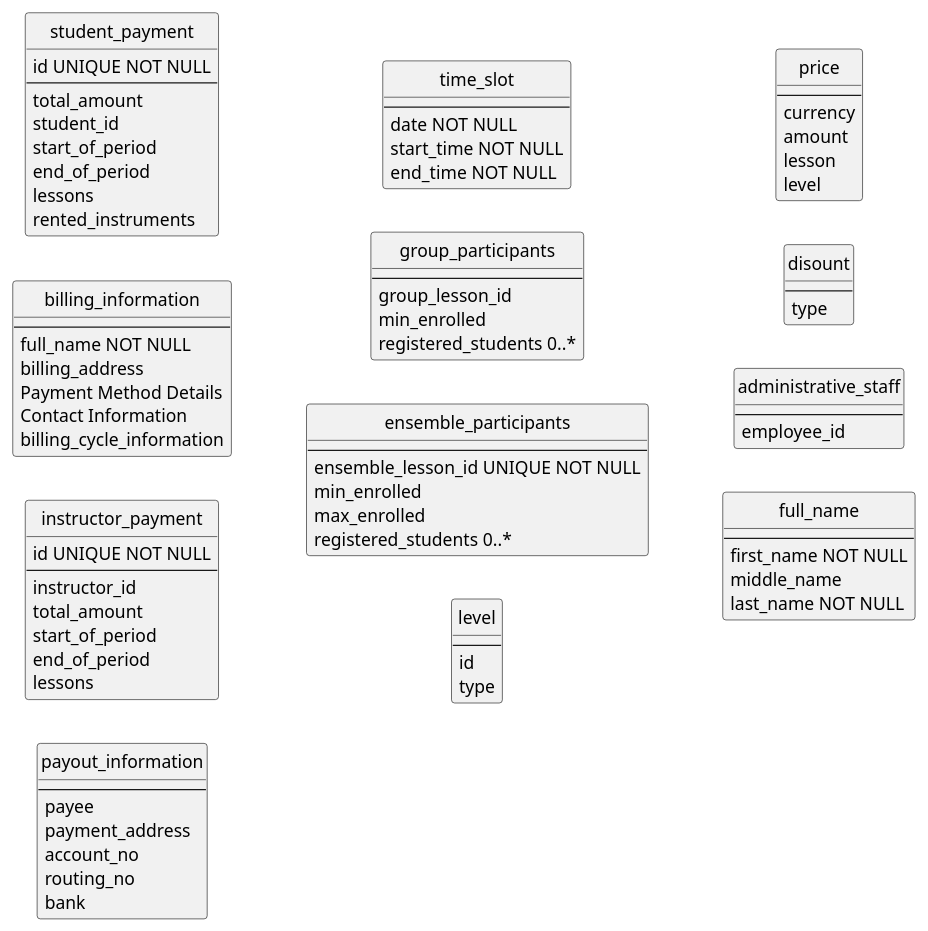
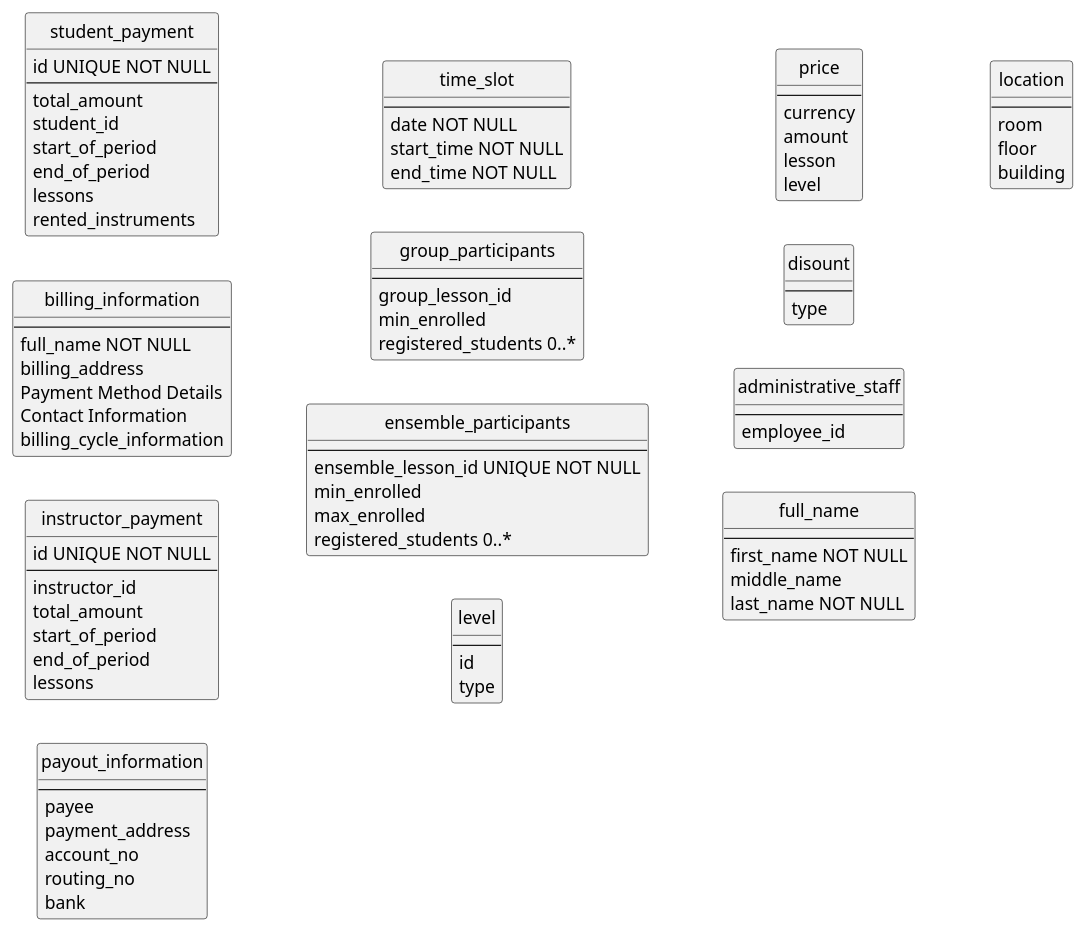
Before and after one commit to blomquiste/kth-iv1351-data-storage-paradigms: the second of 2 diagrams in diagrams/cm.puml, drawn with PlantUML. The commit also changed other lines of this file, not shown here.

```diff
--- a/diagrams/cm.puml
+++ b/diagrams/cm.puml
@@ -274,127 +265,134 @@
 @startuml
 hide circle
 
 skinparam linetype ortho
 ' top to bottom direction
 left to right direction
 ' skinparam ClassAttributeIconSize 0
 
 ' FINANCIAL
 entity student_payment {
     id UNIQUE NOT NULL
     --
     total_amount
     student_id
     start_of_period
     end_of_period
     lessons
     rented_instruments
 }
 ' note bottom 
 '     What if the bill should include several students? 
 ' end note
 entity "billing_information" {
     --
     ' The name on the credit card or billing account.
     full_name NOT NULL
     ' The address associated with the credit card or account.
     billing_address
     ' Credit card number, expiration date, and security code (CVV), or bank account details for direct debit.
     Payment Method Details
     ' Phone number and email address, in case the business needs to contact the person about their bill.
     Contact Information
     ' Information regarding how often the customer will be charged (monthly, quarterly, annually).
     billing_cycle_information
 }
 
 entity instructor_payment {
     id UNIQUE NOT NULL
     --
     instructor_id
     total_amount
     start_of_period
     end_of_period
     lessons
 }
 ' entity "monthly_statement" {
 ' }
 
 entity "payout_information" {
     --
     ' The name of the individual or business that will receive the payment.
     payee
     ' Payment Address: The postal address associated with the payee's account, if necessary.
     payment_address
     ' Bank Account Details: This could include the bank name, account number, and routing number for bank transfers.
     account_no
     routing_no
     bank
     ' SWIFT Code and International Bank Account Number (IBAN): For international payments, these numbers help identify the bank and the individual account.
     ' Tax Identification Number (TIN): This might be required for tax purposes, depending on the nature and location of the transaction.
 }
 
 
 ' billing_information ||--|{ student : for
 ' payout_information ||--|| instructor : for
 
 ' individual_lesson ||---|| time_period : lasts
 ' group_lesson ||---|| time_period : lasts
 ' ensemble ||---|| time_period : lasts
 ' group_lesson ||---|| group_participants : has
 ' ensemble ||---|| ensemble_participants : has
 
 entity "time_slot" {
     --
     date NOT NULL
     start_time NOT NULL
     end_time NOT NULL
 }
 
 entity "group_participants" {
     --
     group_lesson_id
     min_enrolled
     registered_students 0..*
     ' registered_students : student_id[]
 }
 
 entity "ensemble_participants" {
     --
     ensemble_lesson_id UNIQUE NOT NULL
     min_enrolled
     max_enrolled
     registered_students 0..*
 }
 
 entity "level" {
     --
     id
     type
 }
 
 entity "price" {
     --
     currency
     amount
     lesson
     level
 }
 
 entity "disount" {
     --
     type
 }
 
 entity "administrative_staff" {
     --
     employee_id
 }
 
 entity "full_name" {
     --
     first_name NOT NULL
     middle_name
     last_name NOT NULL
 }
 
+entity "location" {
+    --
+    room
+    floor
+    building
+}
+
 @enduml
```
